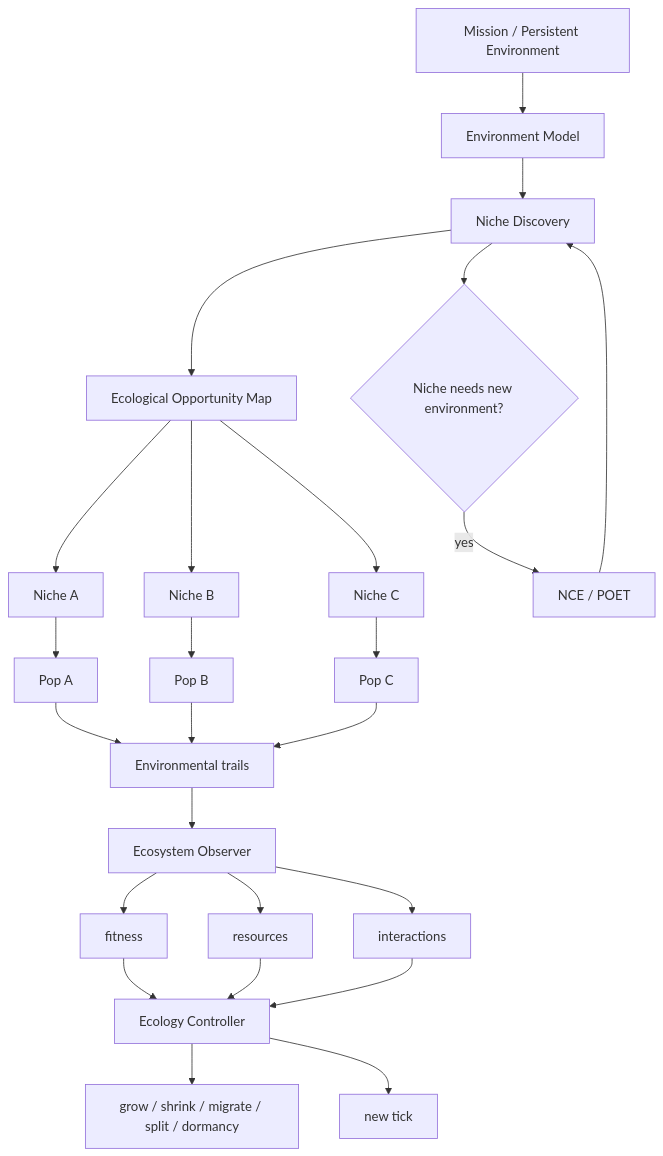
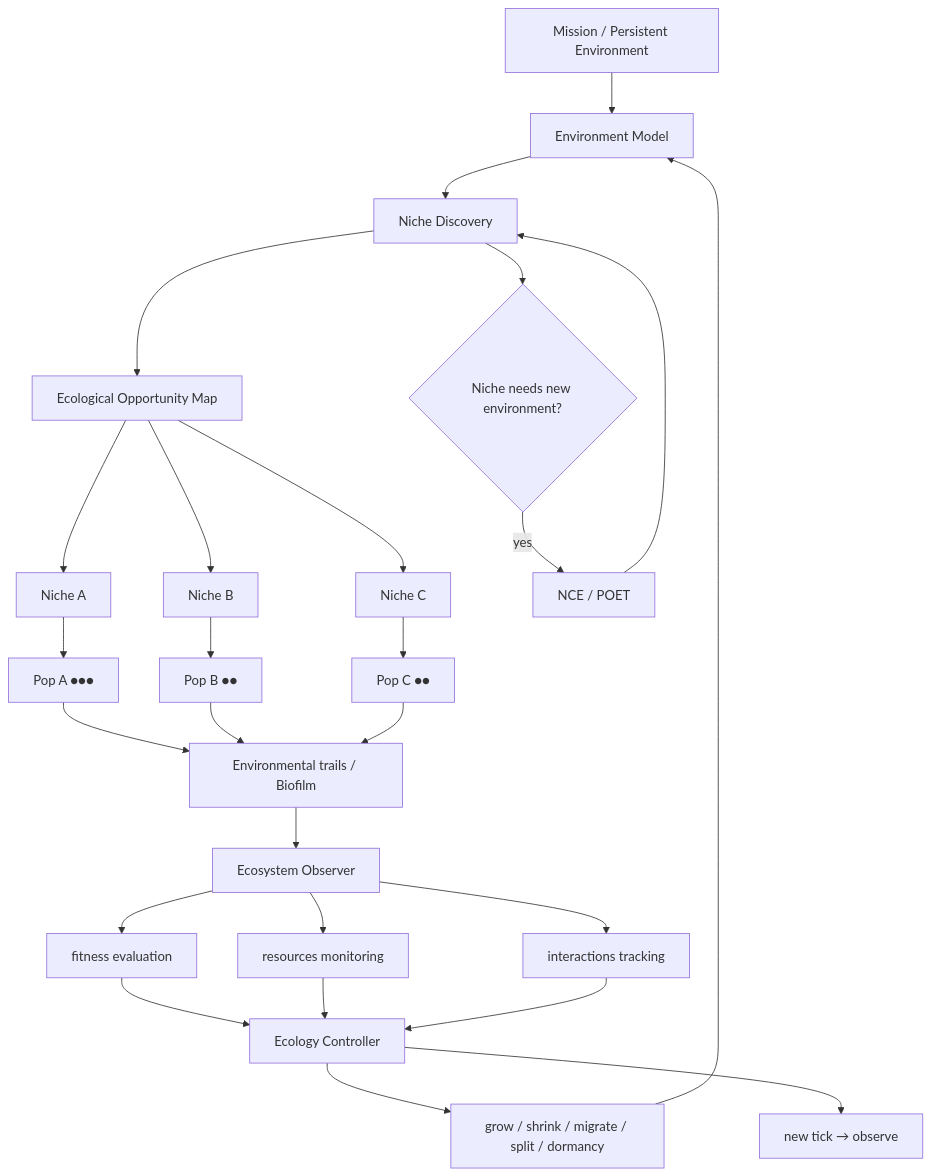
One commit to PISSARAW/GenOS changed the diagram in docs/02-orchestration/topologies/biome.md. Above: the diagram before and after it, drawn with Mermaid. The commit also changed other lines of this file, not shown here.

Commit message:
[DOC] Refonte complète Biome — 2752 lignes, écologie adaptative, niches dynamiques, carrying capacity, 11 variantes, POET/NCE, Mermaid

````diff
--- a/docs/02-orchestration/topologies/biome.md
+++ b/docs/02-orchestration/topologies/biome.md
@@ -288,27 +560,28 @@
 ```mermaid
 graph TD
     MISSION["Mission / Persistent Environment"] --> ENV["Environment Model"]
     ENV --> NICHE["Niche Discovery"]
     NICHE --> OPPORTUNITY["Ecological Opportunity Map"]
     OPPORTUNITY --> NA["Niche A"]
     OPPORTUNITY --> NB["Niche B"]
     OPPORTUNITY --> NC["Niche C"]
-    NA --> PA["Pop A"]
-    NB --> PB["Pop B"]
-    NC --> PC["Pop C"]
-    PA --> TRAILS["Environmental trails"]
+    NA --> PA["Pop A ●●●"]
+    NB --> PB["Pop B ●●"]
+    NC --> PC["Pop C ●●"]
+    PA --> TRAILS["Environmental trails / Biofilm"]
     PB --> TRAILS
     PC --> TRAILS
     TRAILS --> OBS["Ecosystem Observer"]
-    OBS --> FITNESS["fitness"]
-    OBS --> RES["resources"]
-    OBS --> INTER["interactions"]
+    OBS --> FITNESS["fitness evaluation"]
+    OBS --> RES["resources monitoring"]
+    OBS --> INTER["interactions tracking"]
     FITNESS --> CTRL["Ecology Controller"]
     RES --> CTRL
     INTER --> CTRL
-    CTRL --> GROW["grow / shrink / migrate / split / dormancy"]
-    CTRL --> NEW_TICK["new tick"]
+    CTRL --> TRANSFORM["grow / shrink / migrate / split / dormancy"]
+    CTRL --> NEW_TICK["new tick → observe"]
+    TRANSFORM --> ENV
     NICHE --> POET{"Niche needs new environment?"}
     POET -->|yes| NCE["NCE / POET"]
     NCE --> NICHE
 ```
````
